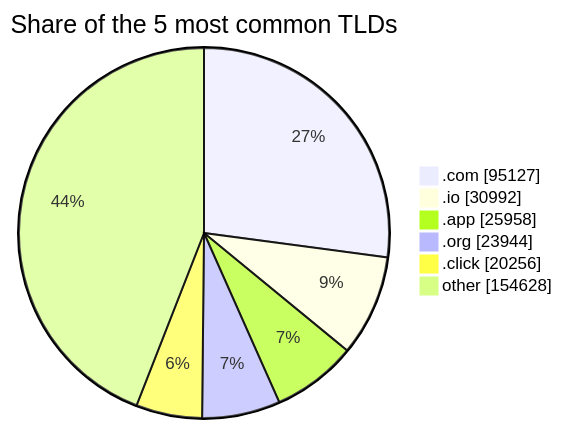
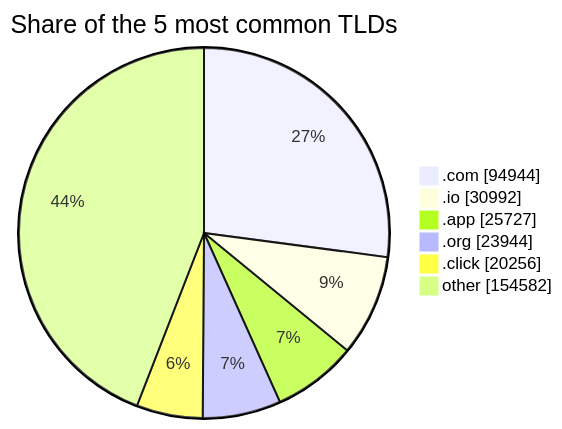
The third of 3 diagrams in README.md (DNSBunker/CTI), drawn with Mermaid before and after one commit. The commit also changed other lines of this file and 3 other files, not shown here.

````diff
--- a/README.md
+++ b/README.md
@@ -81,9 +81,9 @@
 ```mermaid
 pie showData title Share of the 5 most common TLDs
-    ".com" : 95127
+    ".com" : 94944
     ".io" : 30992
-    ".app" : 25958
+    ".app" : 25727
     ".org" : 23944
     ".click" : 20256
-    "other" : 154628
+    "other" : 154582
 ```
````
